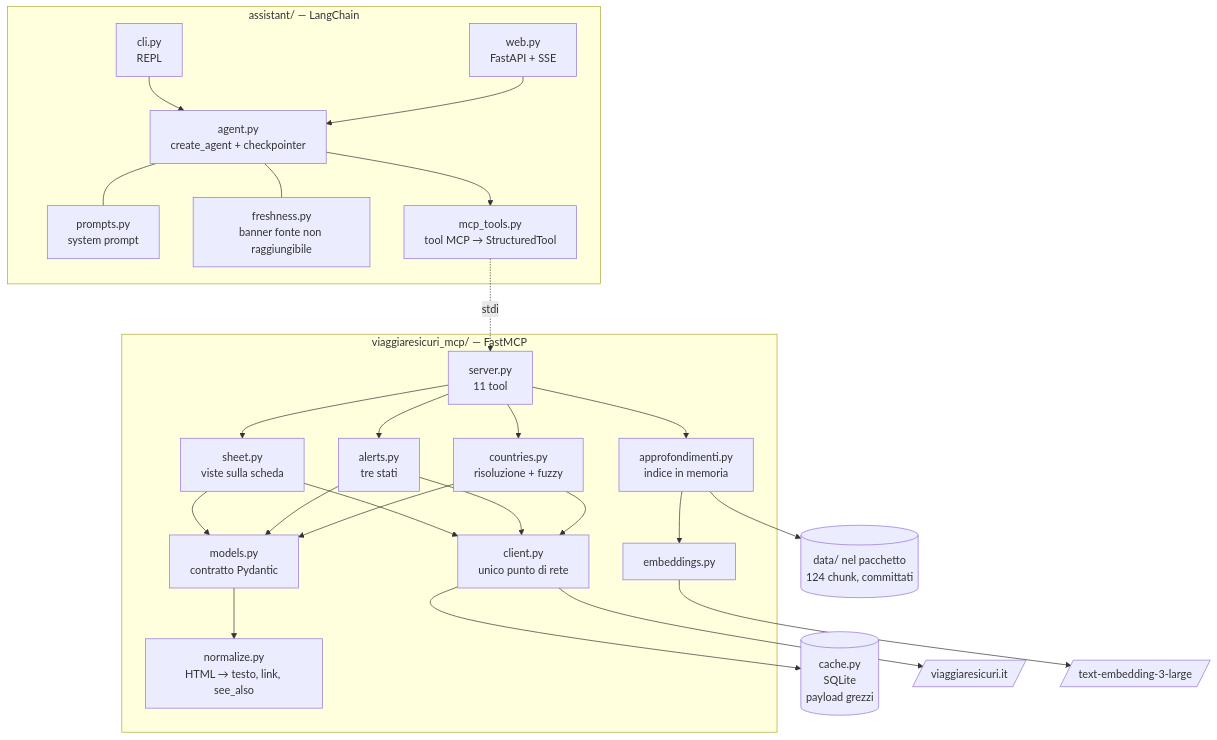
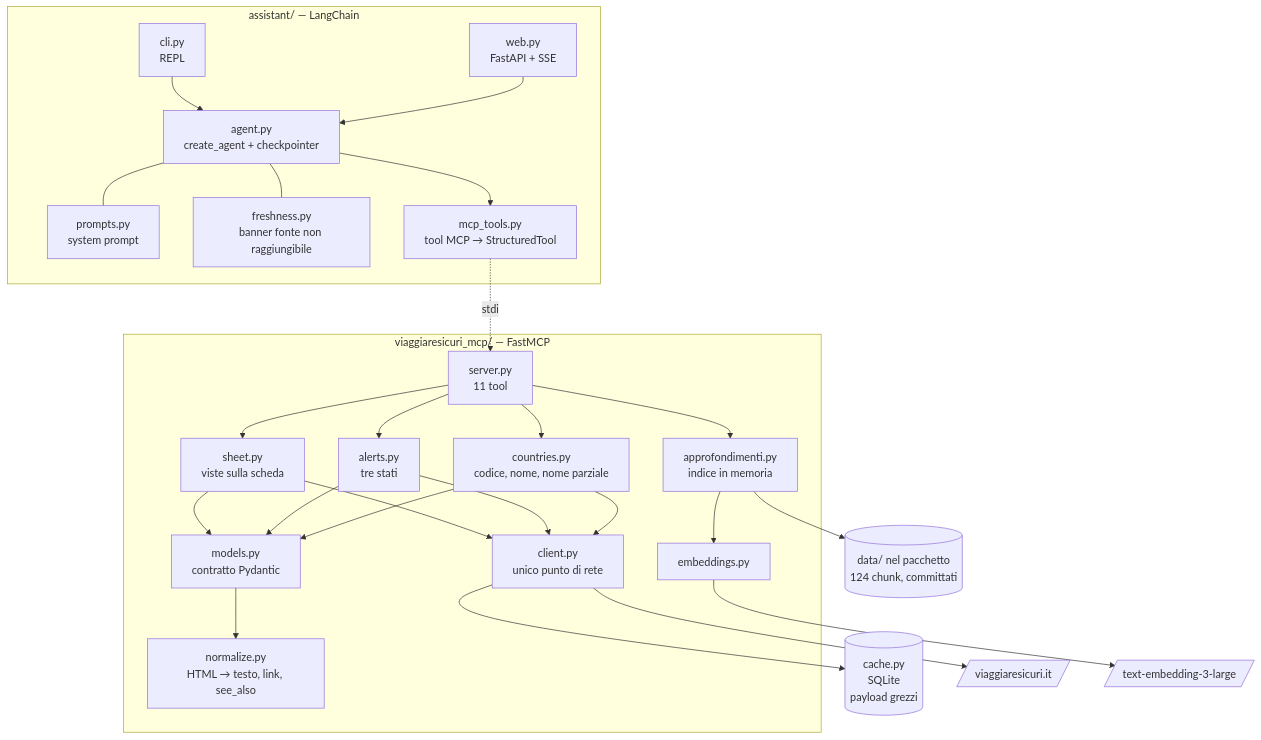
The first of 2 diagrams in docs/ARCHITECTURE.md (lorispalmarin/travelanalyst), drawn with Mermaid before and after one commit. The commit also changed other lines of this file and 20 other files, not shown here.

````diff
--- a/docs/ARCHITECTURE.md
+++ b/docs/ARCHITECTURE.md
@@ -5,29 +5,29 @@
 ```mermaid
 flowchart TB
     subgraph assistente["assistant/ — LangChain"]
         CLI[cli.py<br/>REPL] --> AG
         WEB[web.py<br/>FastAPI + SSE] --> AG
         AG[agent.py<br/>create_agent + checkpointer]
         AG --- PR[prompts.py<br/>system prompt]
         AG --- FR[freshness.py<br/>banner fonte non raggiungibile]
         AG --> MT[mcp_tools.py<br/>tool MCP → StructuredTool]
     end
 
     MT -.stdio.-> SRV
 
     subgraph server["viaggiaresicuri_mcp/ — FastMCP"]
         SRV[server.py<br/>11 tool] --> SH[sheet.py<br/>viste sulla scheda]
         SRV --> AL[alerts.py<br/>tre stati]
         SRV --> AP[approfondimenti.py<br/>indice in memoria]
-        SRV --> CO[countries.py<br/>risoluzione + fuzzy]
+        SRV --> CO[countries.py<br/>codice, nome, nome parziale]
         SH & AL & CO --> MO[models.py<br/>contratto Pydantic]
         MO --> NO[normalize.py<br/>HTML → testo, link, see_also]
         SH & AL & CO --> CL[client.py<br/>unico punto di rete]
         AP --> EM[embeddings.py]
     end
 
     CL --> CA[(cache.py<br/>SQLite<br/>payload grezzi)]
     CL --> FONTE[/viaggiaresicuri.it/]
     AP --> IDX[(data/ nel pacchetto<br/>124 chunk, committati)]
     EM --> OAI[/text-embedding-3-large/]
 ```
````
